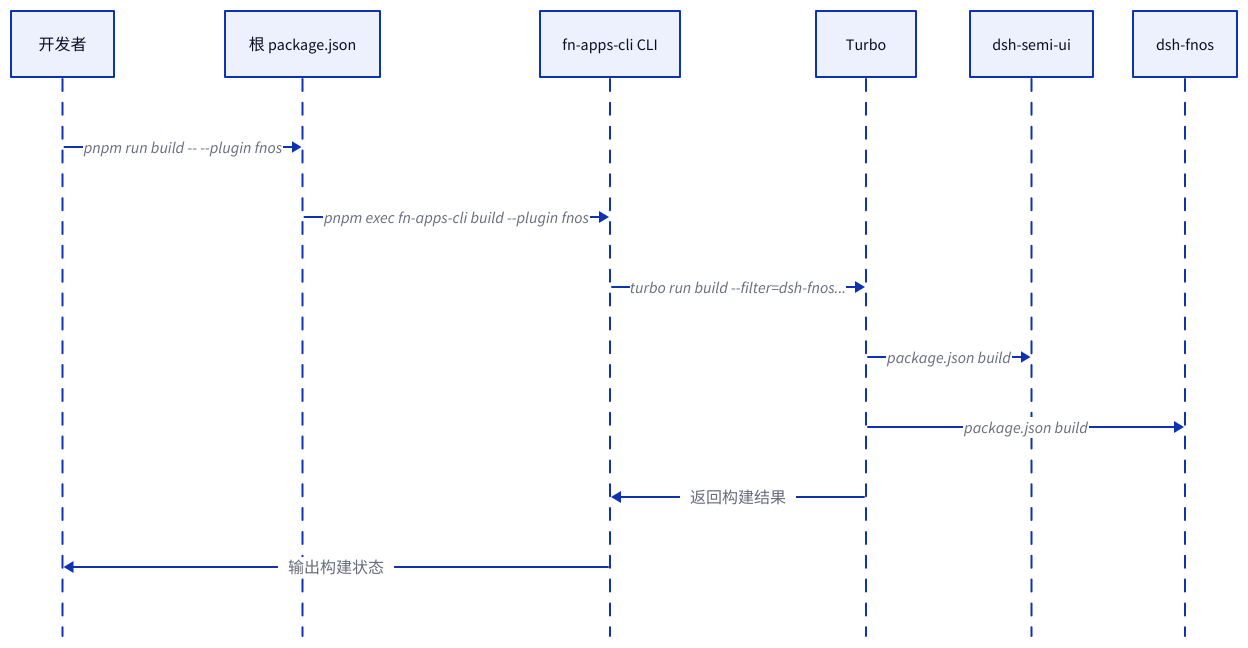
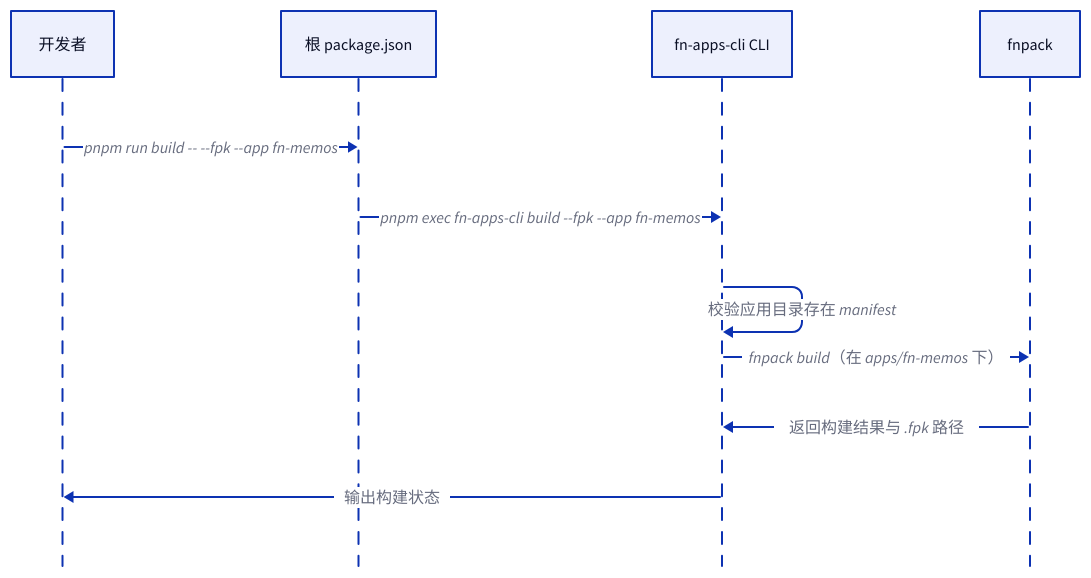
Before and after one commit to tnnevol/fn-os-apps: diagram 11 of 12 in docs/development/package-tasks-and-turbo.md, drawn with D2. The commit also changed other lines of this file and 504 other files, not shown here.

First line of the commit message:
refactor(dsh): drop DeepSeek Harness app, plugins and docs

````diff
--- a/docs/development/package-tasks-and-turbo.md
+++ b/docs/development/package-tasks-and-turbo.md
@@ -459,17 +371,14 @@
 ```d2
 developer: 开发者
 root: 根 package.json
 cli: fn-apps-cli CLI
-turbo: Turbo
-semi: dsh-semi-ui
-plugin: dsh-fnos
+fnpack: fnpack
 
 shape: sequence_diagram
-developer -> root: pnpm run build -- --plugin fnos
-root -> cli: pnpm exec fn-apps-cli build --plugin fnos
-cli -> turbo: turbo run build --filter=dsh-fnos...
-turbo -> semi: package.json build
-turbo -> plugin: package.json build
-turbo -> cli: 返回构建结果
+developer -> root: pnpm run build -- --fpk --app fn-memos
+root -> cli: pnpm exec fn-apps-cli build --fpk --app fn-memos
+cli -> cli: 校验应用目录存在 manifest
+cli -> fnpack: fnpack build（在 apps/fn-memos 下）
+fnpack -> cli: 返回构建结果与 .fpk 路径
 cli -> developer: 输出构建状态
 ```
````
